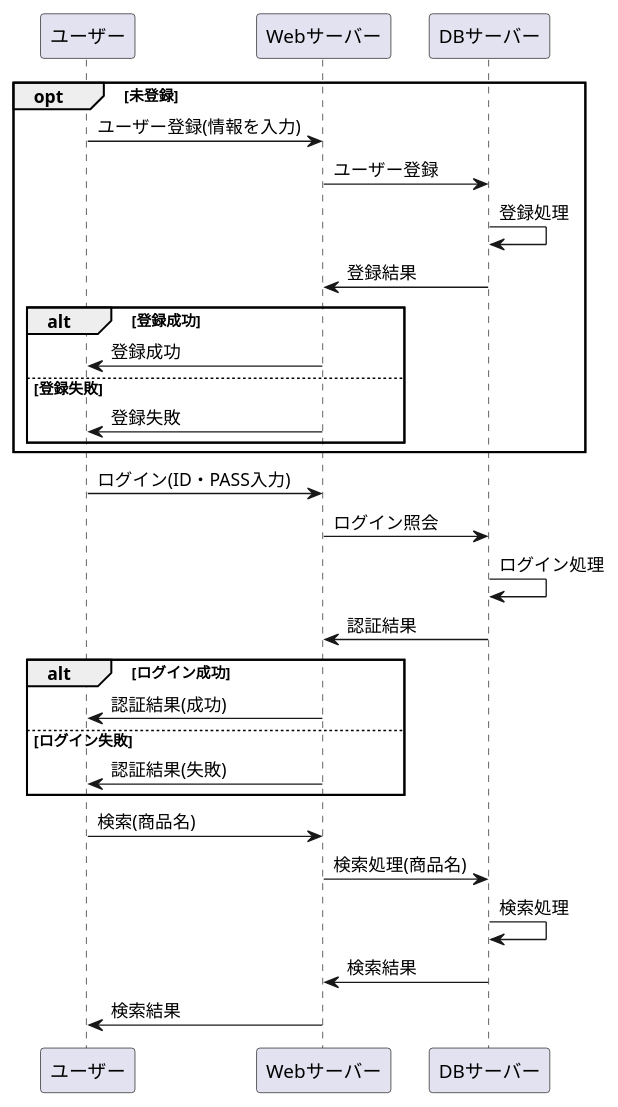
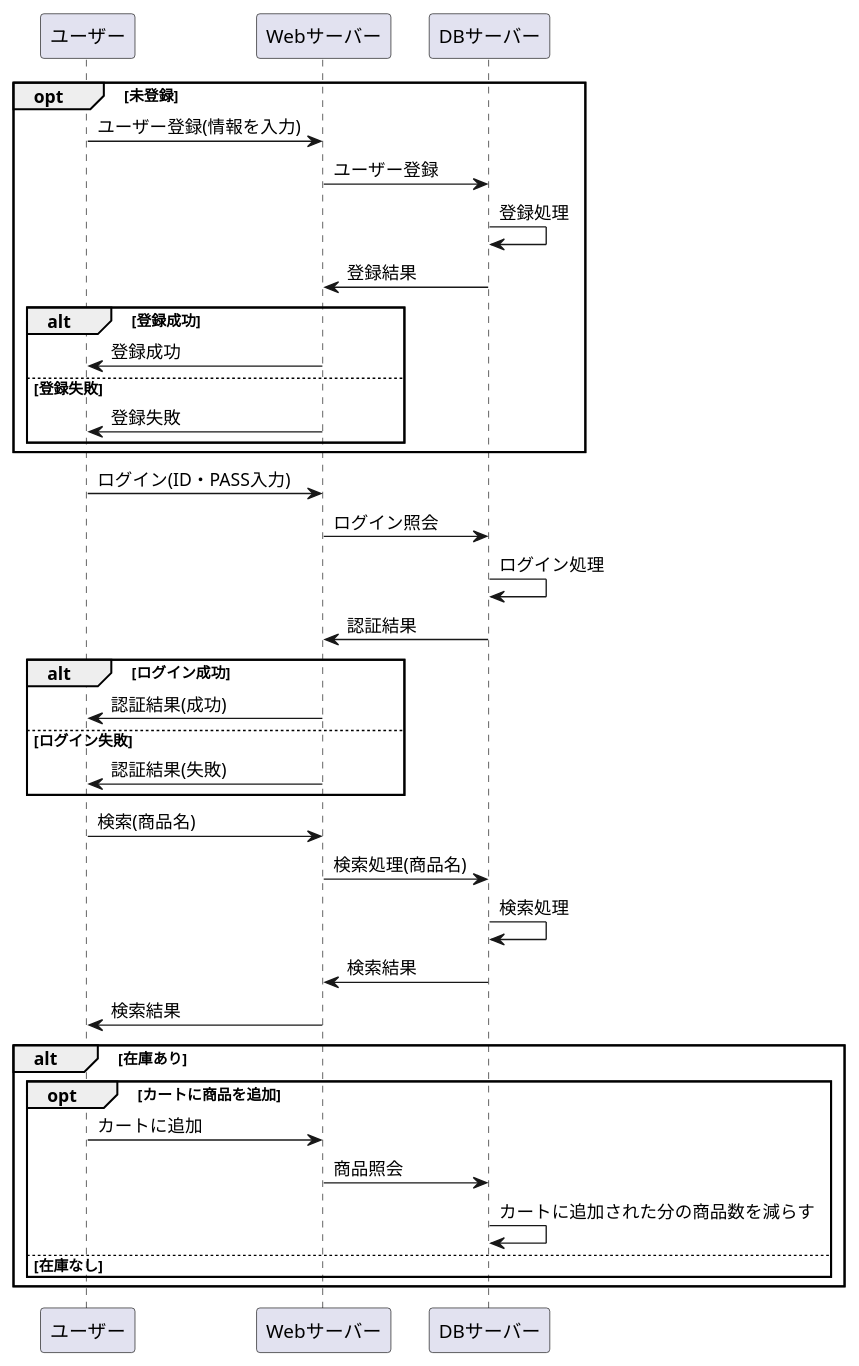
The diagram in sample.md (Aso2001154/2021sys-design), drawn with PlantUML before and after one commit.

````diff
--- a/sample.md
+++ b/sample.md
@@ -1,33 +1,44 @@
 ```uml
 @startuml
 opt 未登録
 ユーザー -> Webサーバー : ユーザー登録(情報を入力)
 Webサーバー -> DBサーバー : ユーザー登録
 DBサーバー -> DBサーバー : 登録処理
 DBサーバー -> Webサーバー : 登録結果
 
 alt 登録成功
 Webサーバー -> ユーザー : 登録成功
 else 登録失敗
 Webサーバー -> ユーザー : 登録失敗
 end
 end
 
 ユーザー -> Webサーバー : ログイン(ID・PASS入力)
 Webサーバー -> DBサーバー : ログイン照会
 DBサーバー -> DBサーバー : ログイン処理
 DBサーバー -> Webサーバー : 認証結果
 
 alt ログイン成功
 Webサーバー -> ユーザー : 認証結果(成功)
 else ログイン失敗
 Webサーバー -> ユーザー : 認証結果(失敗)
 end
 
 ユーザー -> Webサーバー : 検索(商品名)
 Webサーバー -> DBサーバー : 検索処理(商品名)
 DBサーバー -> DBサーバー : 検索処理
 DBサーバー -> Webサーバー : 検索結果
 Webサーバー -> ユーザー : 検索結果
+
+alt 在庫あり
+opt カートに商品を追加
+ユーザー -> Webサーバー : カートに追加
+Webサーバー -> DBサーバー : 商品照会
+DBサーバー -> DBサーバー : カートに追加された分の商品数を減らす
+else 在庫なし
+
+
+end
+end
 @enduml
 ```
````
